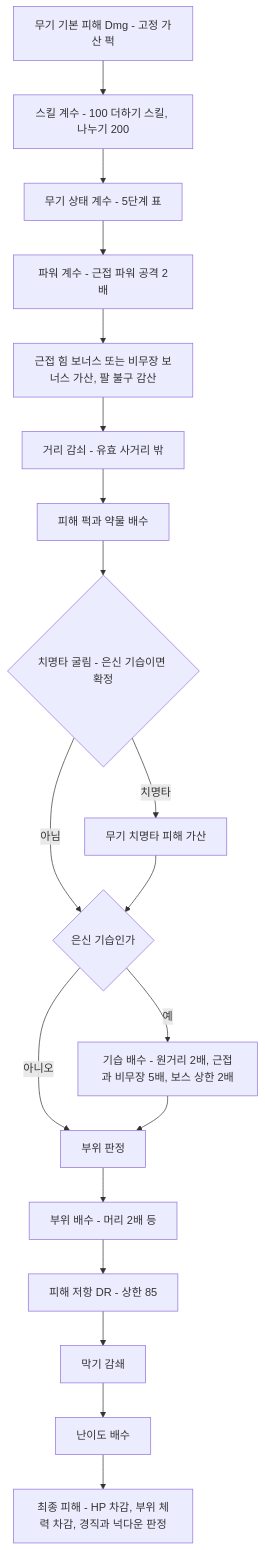
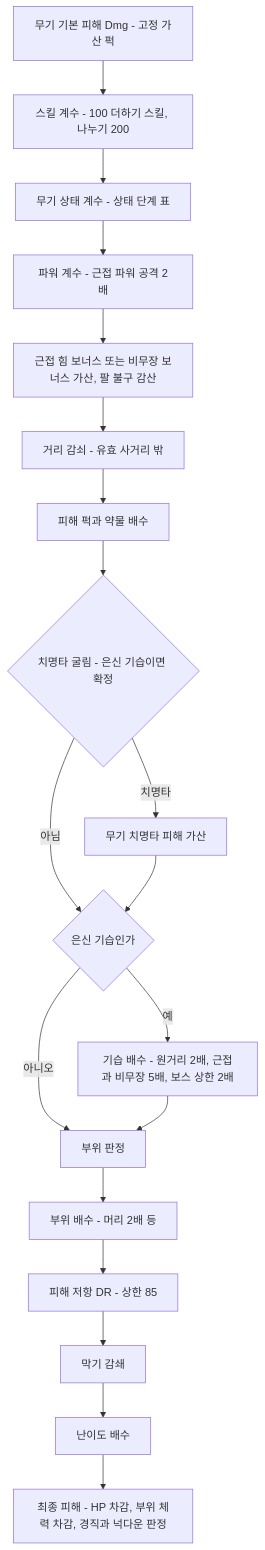
One commit to forsurvive/003 changed the second of 6 diagrams in docs/seoul-fallout/11_combat-system.md. Above: the diagram before and after it, drawn with Mermaid. The commit also changed other lines of this file and 10 other files, not shown here.

````diff
--- a/docs/seoul-fallout/11_combat-system.md
+++ b/docs/seoul-fallout/11_combat-system.md
@@ -393,21 +398,21 @@
 ```mermaid
 flowchart TD
   A["무기 기본 피해 Dmg - 고정 가산 퍽"] --> B["스킬 계수 - 100 더하기 스킬, 나누기 200"]
-  B --> C["무기 상태 계수 - 5단계 표"]
+  B --> C["무기 상태 계수 - 상태 단계 표"]
   C --> D["파워 계수 - 근접 파워 공격 2배"]
   D --> E["근접 힘 보너스 또는 비무장 보너스 가산, 팔 불구 감산"]
   E --> F["거리 감쇠 - 유효 사거리 밖"]
   F --> G["피해 퍽과 약물 배수"]
   G --> H{"치명타 굴림 - 은신 기습이면 확정"}
   H -->|"치명타"| I["무기 치명타 피해 가산"]
   H -->|"아님"| J{"은신 기습인가"}
   I --> J
   J -->|"예"| K["기습 배수 - 원거리 2배, 근접과 비무장 5배, 보스 상한 2배"]
   J -->|"아니오"| L["부위 판정"]
   K --> L
   L --> M["부위 배수 - 머리 2배 등"]
   M --> N["피해 저항 DR - 상한 85"]
   N --> O["막기 감쇄"]
   O --> P["난이도 배수"]
   P --> Q["최종 피해 - HP 차감, 부위 체력 차감, 경직과 넉다운 판정"]
 ```
````
